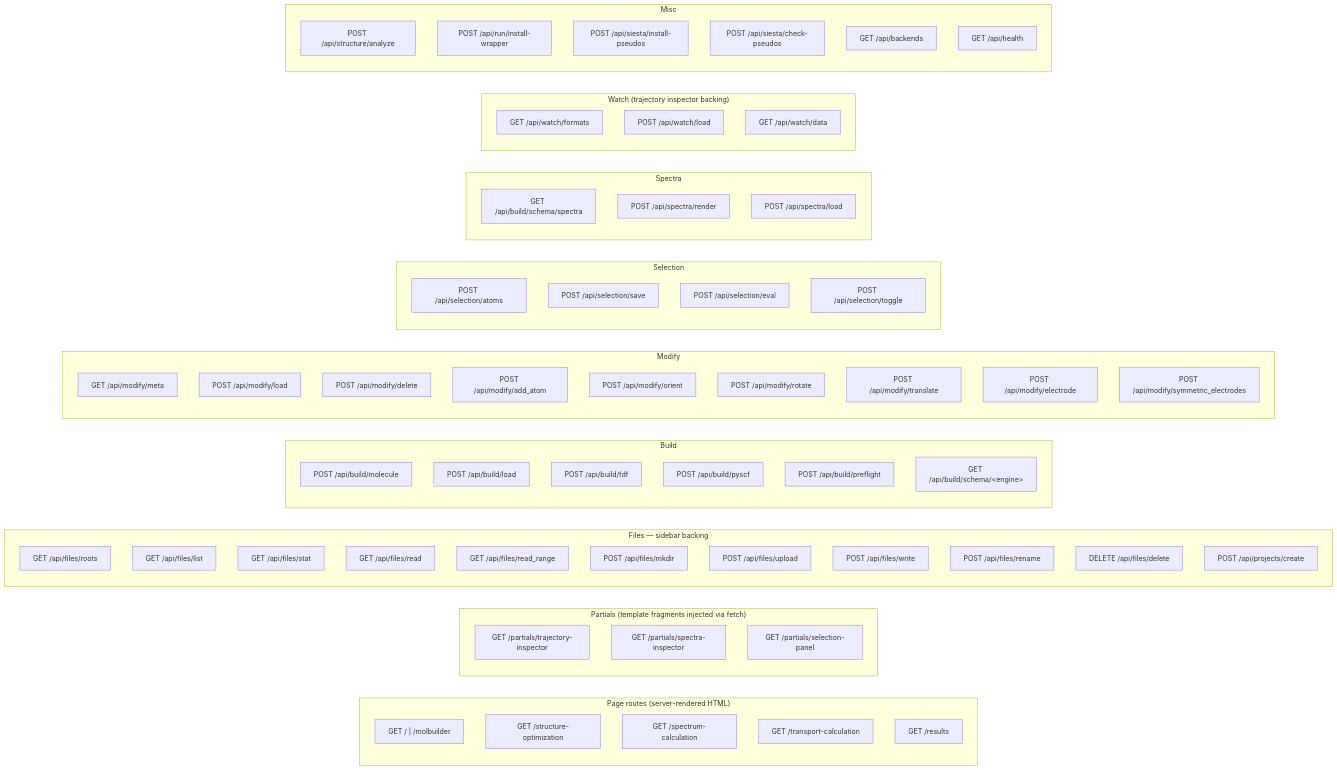
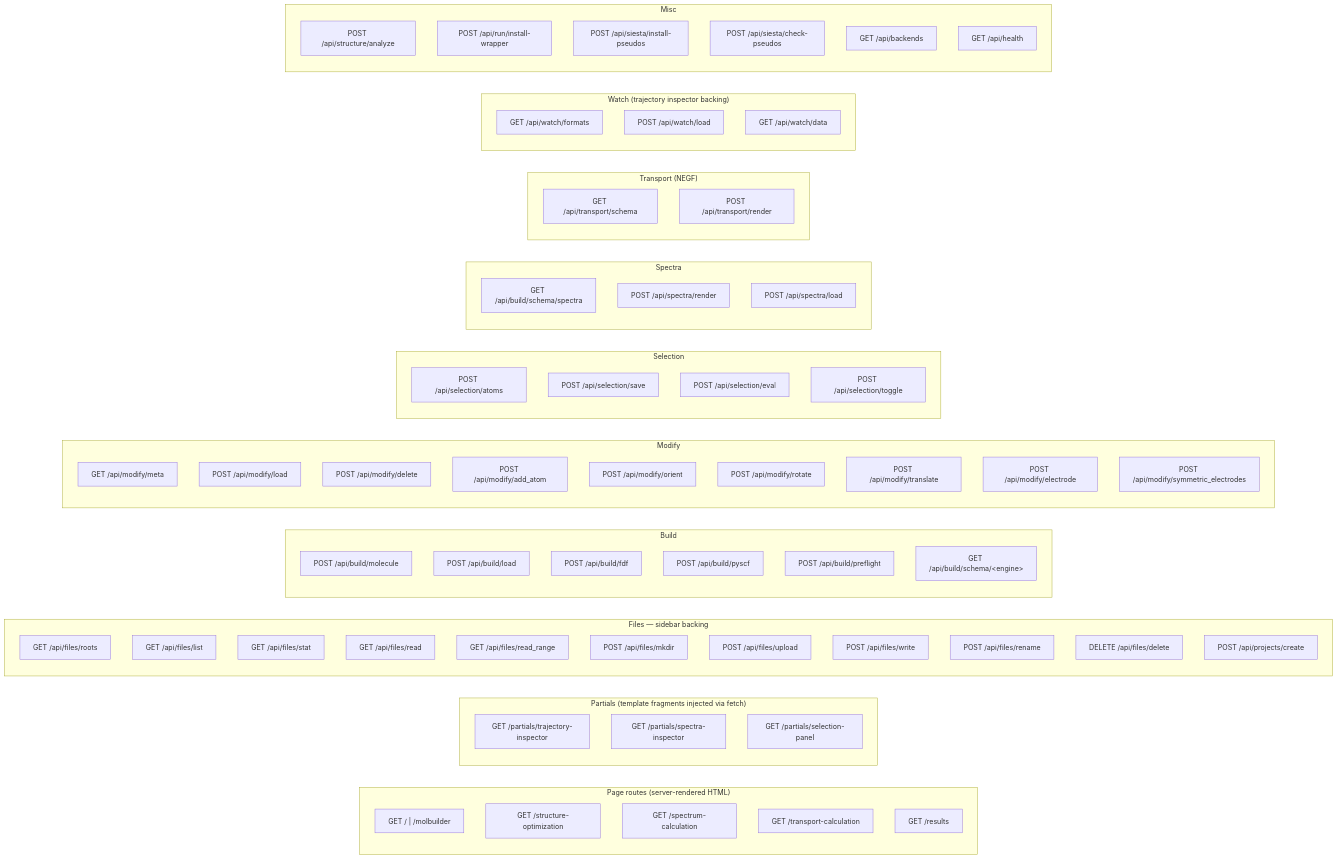
The first of 2 diagrams in docs/protocols/web-api.md (Qing-LAB/molbuilder), drawn with Mermaid before and after one commit. The commit also changed other lines of this file, not shown here.

First line of the commit message:
docs: web-api.md § 11 — Transport endpoints documented

````diff
--- a/docs/protocols/web-api.md
+++ b/docs/protocols/web-api.md
@@ -89,71 +89,75 @@
 ```mermaid
 flowchart LR
     subgraph "Page routes (server-rendered HTML)"
         page_molb["GET / | /molbuilder"]
         page_opt["GET /structure-optimization"]
         page_spec["GET /spectrum-calculation"]
         page_transp["GET /transport-calculation"]
         page_results["GET /results"]
     end
     subgraph "Partials (template fragments injected via fetch)"
         part_traj["GET /partials/trajectory-inspector"]
         part_spec["GET /partials/spectra-inspector"]
         part_sel["GET /partials/selection-panel"]
     end
     subgraph "Files — sidebar backing"
         f_roots["GET /api/files/roots"]
         f_list["GET /api/files/list"]
         f_stat["GET /api/files/stat"]
         f_read["GET /api/files/read"]
         f_range["GET /api/files/read_range"]
         f_mkdir["POST /api/files/mkdir"]
         f_upload["POST /api/files/upload"]
         f_write["POST /api/files/write"]
         f_rename["POST /api/files/rename"]
         f_delete["DELETE /api/files/delete"]
         p_create["POST /api/projects/create"]
     end
     subgraph "Build"
         b_mol["POST /api/build/molecule"]
         b_load["POST /api/build/load"]
         b_fdf["POST /api/build/fdf"]
         b_py["POST /api/build/pyscf"]
         b_pre["POST /api/build/preflight"]
         b_schema["GET /api/build/schema/&lt;engine&gt;"]
     end
     subgraph "Modify"
         m_meta["GET /api/modify/meta"]
         m_load["POST /api/modify/load"]
         m_del["POST /api/modify/delete"]
         m_add["POST /api/modify/add_atom"]
         m_orient["POST /api/modify/orient"]
         m_rot["POST /api/modify/rotate"]
         m_tr["POST /api/modify/translate"]
         m_elc["POST /api/modify/electrode"]
         m_sym["POST /api/modify/symmetric_electrodes"]
     end
     subgraph "Selection"
         s_atoms["POST /api/selection/atoms"]
         s_save["POST /api/selection/save"]
         s_eval["POST /api/selection/eval"]
         s_tog["POST /api/selection/toggle"]
     end
     subgraph "Spectra"
         sp_schema["GET /api/build/schema/spectra"]
         sp_render["POST /api/spectra/render"]
         sp_load["POST /api/spectra/load"]
     end
+    subgraph "Transport (NEGF)"
+        tp_schema["GET /api/transport/schema"]
+        tp_render["POST /api/transport/render"]
+    end
     subgraph "Watch (trajectory inspector backing)"
         w_fmt["GET /api/watch/formats"]
         w_load["POST /api/watch/load"]
         w_data["GET /api/watch/data"]
     end
     subgraph "Misc"
         misc_anal["POST /api/structure/analyze"]
         misc_wrap["POST /api/run/install-wrapper"]
         misc_ips["POST /api/siesta/install-pseudos"]
         misc_chk["POST /api/siesta/check-pseudos"]
         misc_back["GET /api/backends"]
         misc_health["GET /api/health"]
     end
 ```
````
